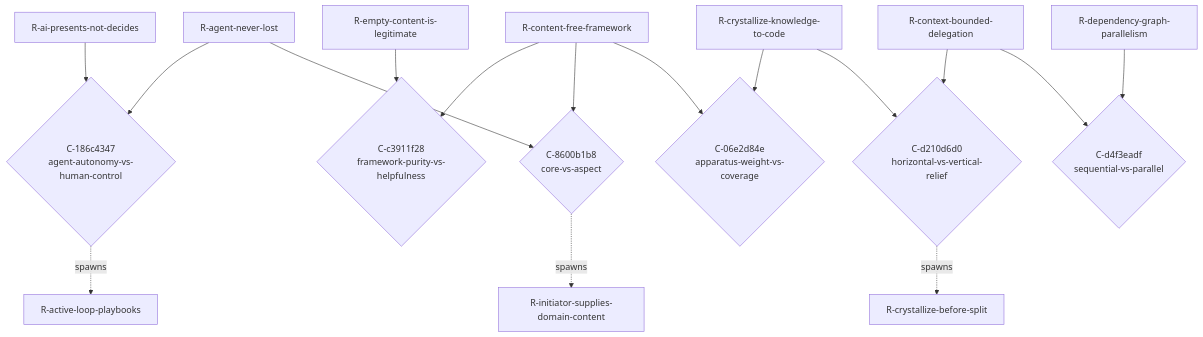
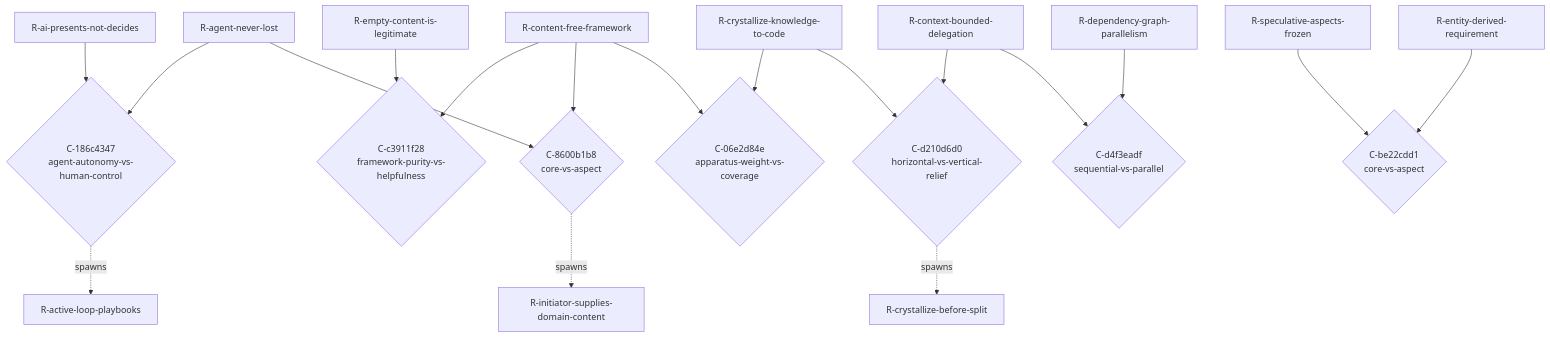
The diagram in domains/hotam-spec-self/docs/gen/TENSIONS.md (PHPCraftdream/HotamSpec), drawn with Mermaid before and after one commit. The commit also changed other lines of this file and 16 other files, not shown here.

````diff
--- a/domains/hotam-spec-self/docs/gen/TENSIONS.md
+++ b/domains/hotam-spec-self/docs/gen/TENSIONS.md
@@ -81,34 +97,39 @@
 ```mermaid
 graph TD
     R_agent_never_lost["R-agent-never-lost"]
     R_ai_presents_not_decides["R-ai-presents-not-decides"]
     R_active_loop_playbooks["R-active-loop-playbooks"]
     R_content_free_framework["R-content-free-framework"]
     R_empty_content_is_legitimate["R-empty-content-is-legitimate"]
     R_initiator_supplies_domain_content["R-initiator-supplies-domain-content"]
     R_crystallize_knowledge_to_code["R-crystallize-knowledge-to-code"]
     R_context_bounded_delegation["R-context-bounded-delegation"]
     R_crystallize_before_split["R-crystallize-before-split"]
     R_dependency_graph_parallelism["R-dependency-graph-parallelism"]
+    R_speculative_aspects_frozen["R-speculative-aspects-frozen"]
+    R_entity_derived_requirement["R-entity-derived-requirement"]
     C_186c4347{"C-186c4347\nagent-autonomy-vs-human-control"}
     R_agent_never_lost --> C_186c4347
     R_ai_presents_not_decides --> C_186c4347
     C_186c4347 -.spawns.-> R_active_loop_playbooks
     C_c3911f28{"C-c3911f28\nframework-purity-vs-helpfulness"}
     R_content_free_framework --> C_c3911f28
     R_empty_content_is_legitimate --> C_c3911f28
     C_8600b1b8{"C-8600b1b8\ncore-vs-aspect"}
     R_content_free_framework --> C_8600b1b8
     R_agent_never_lost --> C_8600b1b8
     C_8600b1b8 -.spawns.-> R_initiator_supplies_domain_content
     C_06e2d84e{"C-06e2d84e\napparatus-weight-vs-coverage"}
     R_crystallize_knowledge_to_code --> C_06e2d84e
     R_content_free_framework --> C_06e2d84e
     C_d210d6d0{"C-d210d6d0\nhorizontal-vs-vertical-relief"}
     R_context_bounded_delegation --> C_d210d6d0
     R_crystallize_knowledge_to_code --> C_d210d6d0
     C_d210d6d0 -.spawns.-> R_crystallize_before_split
     C_d4f3eadf{"C-d4f3eadf\nsequential-vs-parallel"}
     R_context_bounded_delegation --> C_d4f3eadf
     R_dependency_graph_parallelism --> C_d4f3eadf
+    C_be22cdd1{"C-be22cdd1\ncore-vs-aspect"}
+    R_speculative_aspects_frozen --> C_be22cdd1
+    R_entity_derived_requirement --> C_be22cdd1
 ```
````
